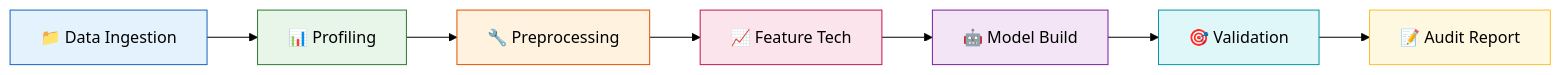
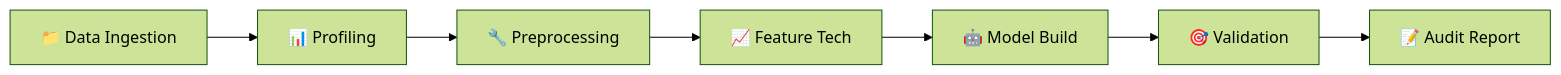
One commit to tdlabs-ai/tanml changed the diagram in ARCHITECTURE.md. Above: the diagram before and after it, drawn with Mermaid (forest theme). The commit also changed other lines of this file and 1 other file, not shown here.

````diff
--- a/ARCHITECTURE.md
+++ b/ARCHITECTURE.md
@@ -114,17 +10,10 @@
 ```mermaid
 flowchart LR
     A["📁 Data Ingestion"] --> B["📊 Profiling"]
     B --> C["🔧 Preprocessing"]
     C --> D["📈 Feature Tech"]
     D --> E["🤖 Model Build"]
     E --> F["🎯 Validation"]
     F --> G["📝 Audit Report"]
     
-    style A fill:#e3f2fd,stroke:#1565c0
-    style B fill:#e8f5e9,stroke:#2e7d32
-    style C fill:#fff3e0,stroke:#e65100
-    style D fill:#fce4ec,stroke:#c2185b
-    style E fill:#f3e5f5,stroke:#7b1fa2
-    style F fill:#e0f7fa,stroke:#0097a7
-    style G fill:#fff8e1,stroke:#fbc02d
 ```
````
